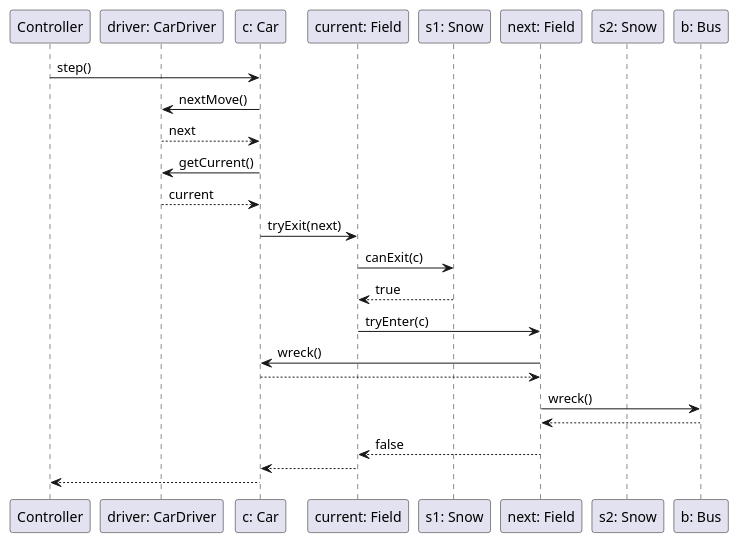
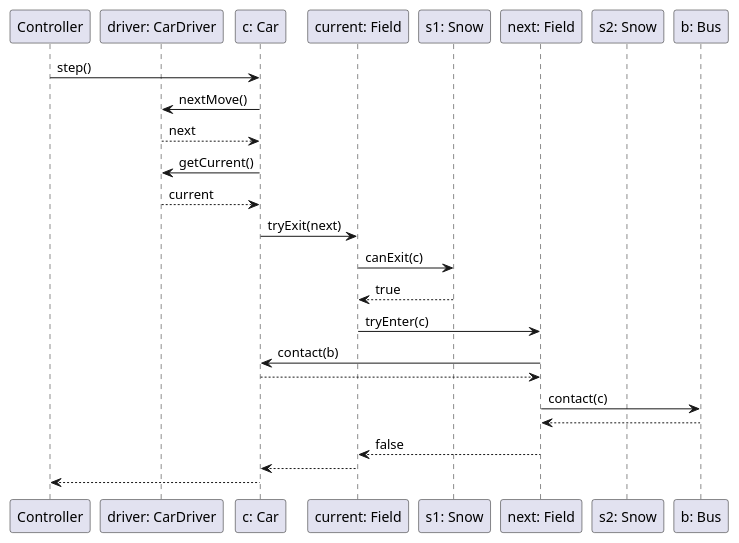
The diagram in docs/analizis1/sequence/step/car/wreckcars.plantuml (uhrinandor/spring), drawn with PlantUML before and after one commit. The commit also changed 3 other files, not shown here.

Commit message:
sequence renames

```diff
--- a/docs/analizis1/sequence/step/car/wreckcars.plantuml
+++ b/docs/analizis1/sequence/step/car/wreckcars.plantuml
@@ -1,28 +1,28 @@
 @startuml 
 participant "Controller" as controller order 10
 participant "c: Car" as car order 30
 participant "b: Bus" as bus order 80
 participant "driver: CarDriver" as driver order 20
 participant "next: Field" as next order 60
 participant "current: Field" as current order 40
 participant "s1: Snow" as currentLayer order 50
 participant "s2: Snow" as nextLayer order 70
 
 controller -> car: step()
 car -> driver: nextMove()
 driver --> car: next
 car -> driver: getCurrent()
 driver --> car: current
 car -> current: tryExit(next)
 current -> currentLayer: canExit(c)
 currentLayer --> current: true
 current -> next: tryEnter(c)
-next -> car: wreck()
+next -> car: contact(b)
 car --> next: 
-next -> bus: wreck()
+next -> bus: contact(c)
 bus --> next:
 next --> current: false
 current --> car:
 car --> controller:
 
 @enduml
```
